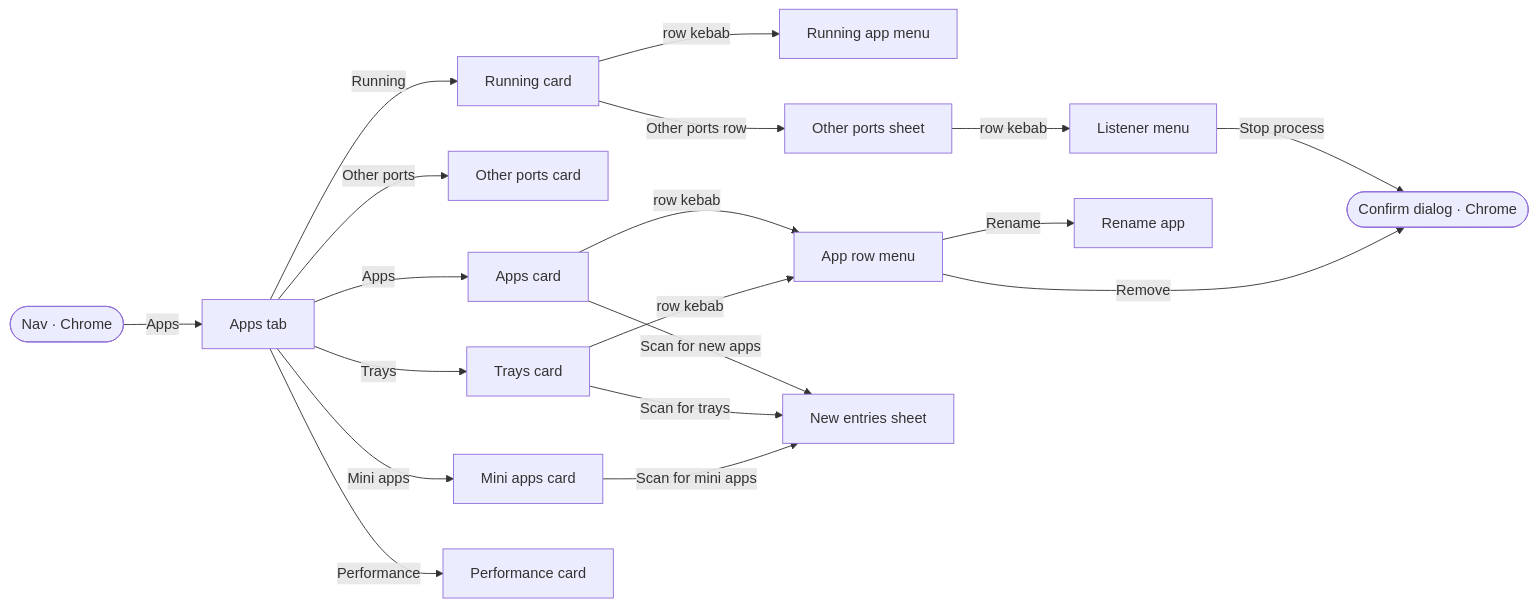
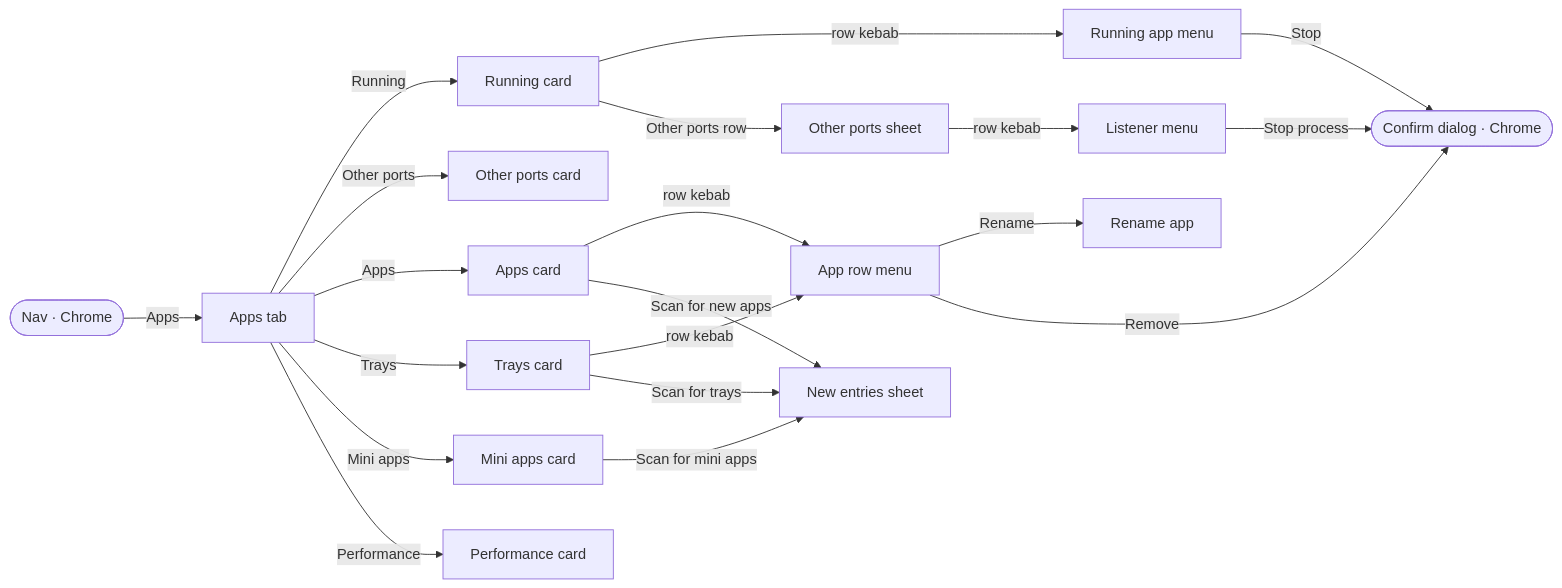
The seventh of 10 diagrams in docs/ux-surface-map.md (ferraroroberto/app-launcher), drawn with Mermaid before and after one commit. The commit also changed other lines of this file and 8 other files, not shown here.

````diff
--- a/docs/ux-surface-map.md
+++ b/docs/ux-surface-map.md
@@ -1241,36 +1271,37 @@
 ```mermaid
 flowchart LR
   s76["Apps tab"]
   s77["Running card"]
   s78["Running app menu"]
   s79["Other ports card"]
   s80["Other ports sheet"]
   s81["Listener menu"]
   s82["Apps card"]
   s83["App row menu"]
   s84["Rename app"]
   s85["New entries sheet"]
   s86["Trays card"]
   s87["Mini apps card"]
   s88["Performance card"]
   s0(["Nav · Chrome"])
   s3(["Confirm dialog · Chrome"])
   s0 -->|"Apps"| s76
   s76 -->|"Running"| s77
   s76 -->|"Other ports"| s79
   s76 -->|"Apps"| s82
   s76 -->|"Trays"| s86
   s76 -->|"Mini apps"| s87
   s76 -->|"Performance"| s88
   s77 -->|"row kebab"| s78
   s77 -->|"Other ports row"| s80
+  s78 -->|"Stop"| s3
   s80 -->|"row kebab"| s81
   s81 -->|"Stop process"| s3
   s82 -->|"row kebab"| s83
   s82 -->|"Scan for new apps"| s85
   s83 -->|"Rename"| s84
   s83 -->|"Remove"| s3
   s86 -->|"row kebab"| s83
   s86 -->|"Scan for trays"| s85
   s87 -->|"Scan for mini apps"| s85
 ```
````
